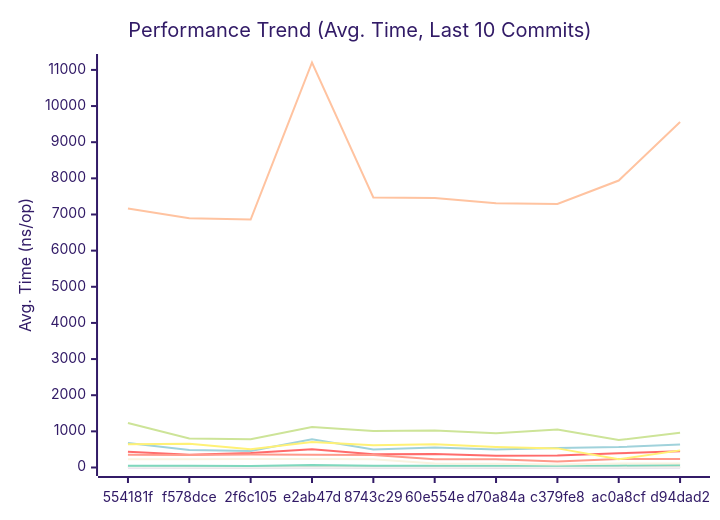
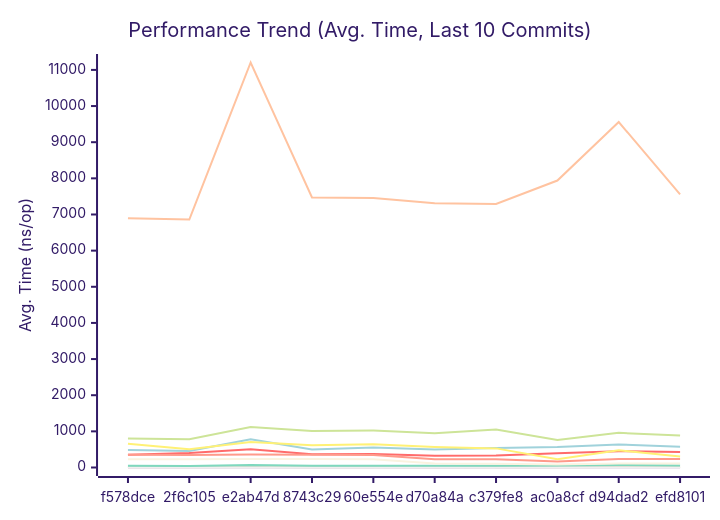
One commit to alsotoes/momo changed the first of 3 diagrams in docs/PERFORMANCE.md. Above: the diagram before and after it, drawn with Mermaid (forest theme). The commit also changed other lines of this file and 3 other files, not shown here.

````diff
--- a/docs/PERFORMANCE.md
+++ b/docs/PERFORMANCE.md
@@ -128,18 +128,18 @@
 ```mermaid
 xychart-beta
     title "Performance Trend (Avg. Time, Last 10 Commits)"
     x-axis "Commit"
     y-axis "Avg. Time (ns/op)"
-    x-axis [554181f,f578dce,2f6c105,e2ab47d,8743c29,60e554e,d70a84a,c379fe8,ac0a8cf,d94dad2]
-    line "CheckMetricsAndSwap" [13,10,9,11,10,9,10,9,8,11]
-    line "CrushOptimized" [435,352,402,502,370,372,323,332,396,452]
-    line "CrushOriginal" [676,481,456,783,495,550,499,539,566,637]
-    line "IndexDirectTracking" [1,0,0,0,0,0,0,0,0,0]
-    line "IndexSearch" [4,3,3,3,3,3,4,3,2,2]
-    line "LoadGlobalConfig" [7163,6898,6860,11205,7469,7459,7314,7292,7939,9559]
-    line "PadString" [48,47,43,69,49,51,51,49,57,70]
+    x-axis [f578dce,2f6c105,e2ab47d,8743c29,60e554e,d70a84a,c379fe8,ac0a8cf,d94dad2,efd8101]
+    line "CheckMetricsAndSwap" [10,9,11,10,9,10,9,8,11,12]
+    line "CrushOptimized" [352,402,502,370,372,323,332,396,452,428]
+    line "CrushOriginal" [481,456,783,495,550,499,539,566,637,571]
+    line "IndexDirectTracking" [0,0,0,0,0,0,0,0,0,1]
+    line "IndexSearch" [3,3,3,3,3,4,3,2,2,2]
+    line "LoadGlobalConfig" [6898,6860,11205,7469,7459,7314,7292,7939,9559,7558]
+    line "PadString" [47,43,69,49,51,51,49,57,70,53]
     line "ParseReplicationOrder_NoPrealloc" [350,349,357,354,345,225,229,165,232,234]
     line "ParseReplicationOrder_Prealloc" [229,231,237,234,229,108,107,80,110,109]
-    line "SanitizeLog/Safe" [642,658,507,704,615,640,566,529,226,474]
-    line "SanitizeLog/Unsafe" [1232,802,779,1122,1010,1023,951,1050,761,960]
+    line "SanitizeLog/Safe" [658,507,704,615,640,566,529,226,474,303]
+    line "SanitizeLog/Unsafe" [802,779,1122,1010,1023,951,1050,761,960,883]
 ```
````
